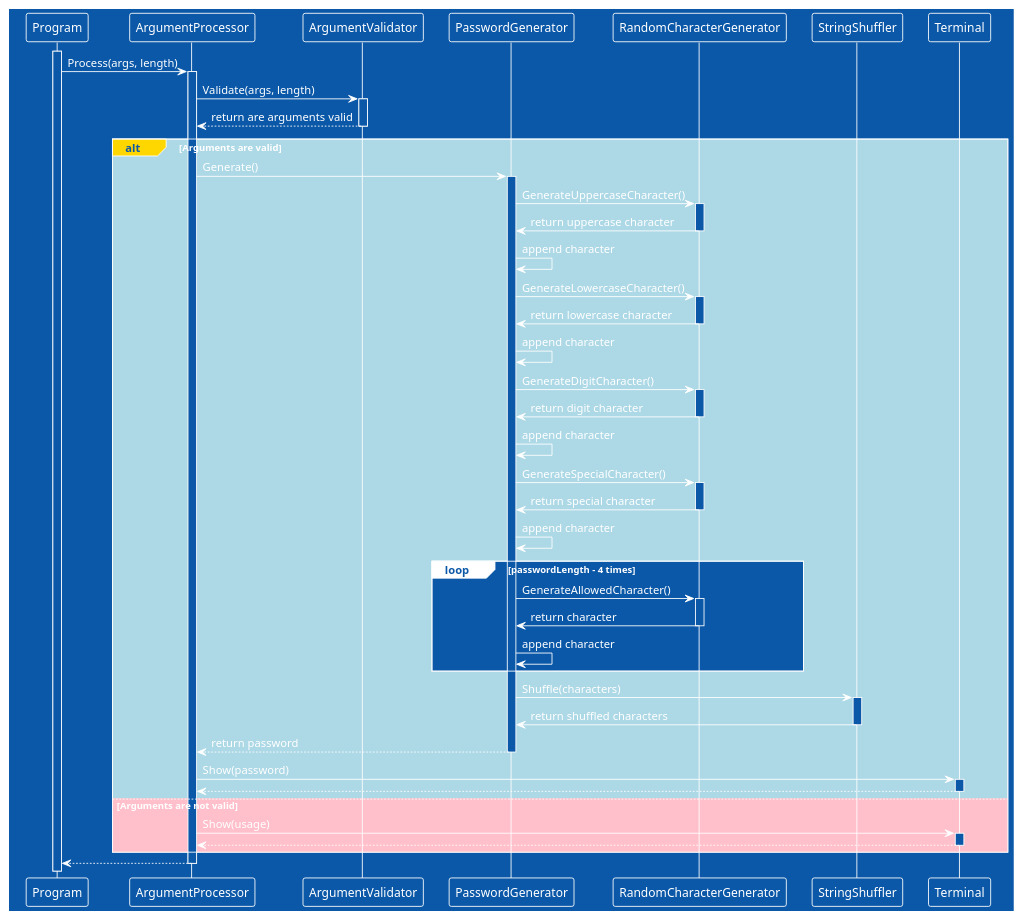
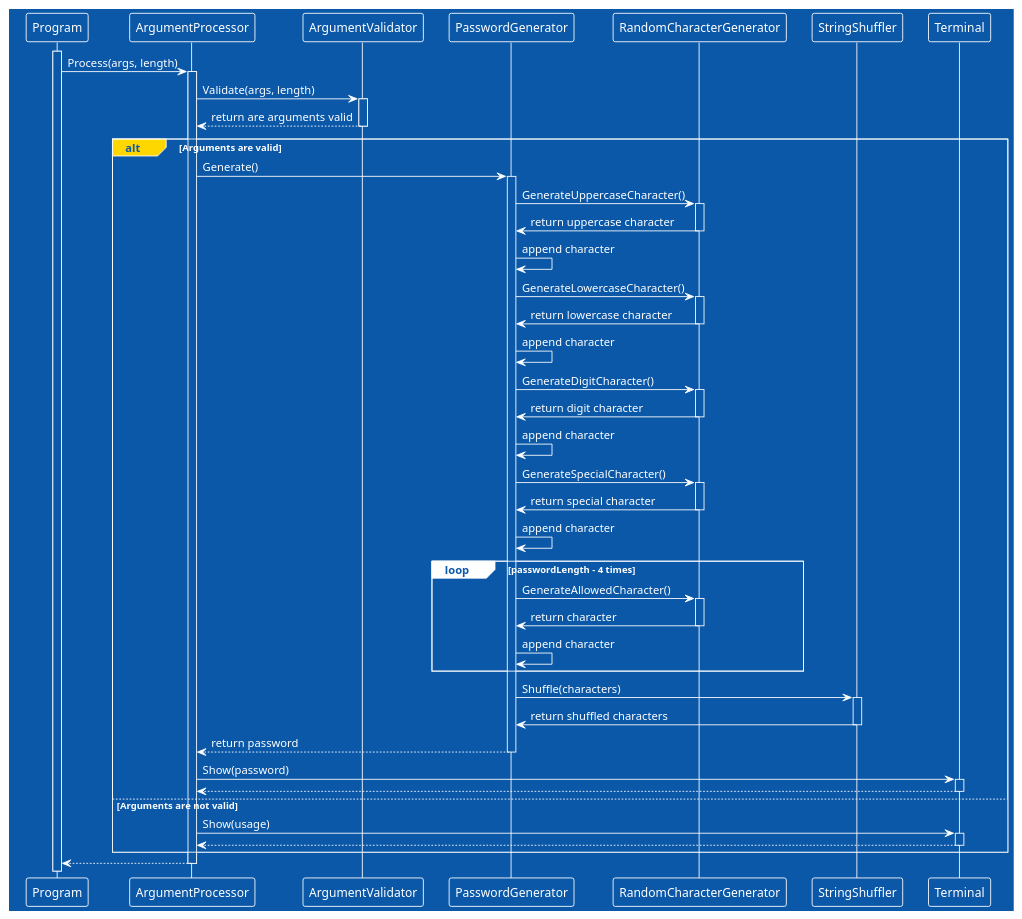
The diagram in diagrams/Sequence.puml (djvelimir/demo-cpp-cli), drawn with PlantUML before and after one commit.

```diff
--- a/diagrams/Sequence.puml
+++ b/diagrams/Sequence.puml
@@ -1,85 +1,85 @@
 @startuml Sequence
 !theme amiga
 participant Program as program
 participant ArgumentProcessor as argumentProcessor
 participant ArgumentValidator as argumentValidator
 participant PasswordGenerator as passwordGenerator
 participant RandomCharacterGenerator as randomCharacterGenerator
 participant StringShuffler as stringShuffler
 participant Terminal as terminal
 
 activate program
 
 program -> argumentProcessor: Process(args, length)
 activate argumentProcessor
 
 argumentProcessor -> argumentValidator: Validate(args, length)
 activate argumentValidator
 argumentProcessor <-- argumentValidator: return are arguments valid
 deactivate argumentValidator
 
-alt#Gold #LightBlue Arguments are valid
+alt#Gold Arguments are valid
     argumentProcessor -> passwordGenerator: Generate()
     activate passwordGenerator
 
     passwordGenerator -> randomCharacterGenerator: GenerateUppercaseCharacter()
     activate randomCharacterGenerator
 
     randomCharacterGenerator -> passwordGenerator: return uppercase character
     deactivate randomCharacterGenerator
     passwordGenerator -> passwordGenerator: append character
 
     passwordGenerator -> randomCharacterGenerator: GenerateLowercaseCharacter()
     activate randomCharacterGenerator
 
     randomCharacterGenerator -> passwordGenerator: return lowercase character
     deactivate randomCharacterGenerator
     passwordGenerator -> passwordGenerator: append character
 
     passwordGenerator -> randomCharacterGenerator: GenerateDigitCharacter()
     activate randomCharacterGenerator
 
     randomCharacterGenerator -> passwordGenerator: return digit character
     deactivate randomCharacterGenerator
     passwordGenerator -> passwordGenerator: append character
 
     passwordGenerator -> randomCharacterGenerator: GenerateSpecialCharacter()
     activate randomCharacterGenerator
 
     randomCharacterGenerator -> passwordGenerator: return special character
     deactivate randomCharacterGenerator
     passwordGenerator -> passwordGenerator: append character
 
     loop passwordLength - 4 times
         passwordGenerator -> randomCharacterGenerator: GenerateAllowedCharacter()
         activate randomCharacterGenerator
 
         randomCharacterGenerator -> passwordGenerator: return character
         deactivate randomCharacterGenerator
         passwordGenerator -> passwordGenerator: append character
     end
 
     passwordGenerator -> stringShuffler: Shuffle(characters)
     activate stringShuffler
 
     stringShuffler -> passwordGenerator: return shuffled characters
     deactivate stringShuffler
 
     argumentProcessor <-- passwordGenerator: return password
     deactivate passwordGenerator
 
     argumentProcessor -> terminal: Show(password)
     activate terminal
     argumentProcessor <-- terminal
     deactivate terminal
 
-else #Pink Arguments are not valid
+else Arguments are not valid
     argumentProcessor -> terminal: Show(usage)
     activate terminal
     argumentProcessor <-- terminal
     deactivate terminal
 end
 
 program <-- argumentProcessor
 deactivate argumentProcessor
 @enduml
```
